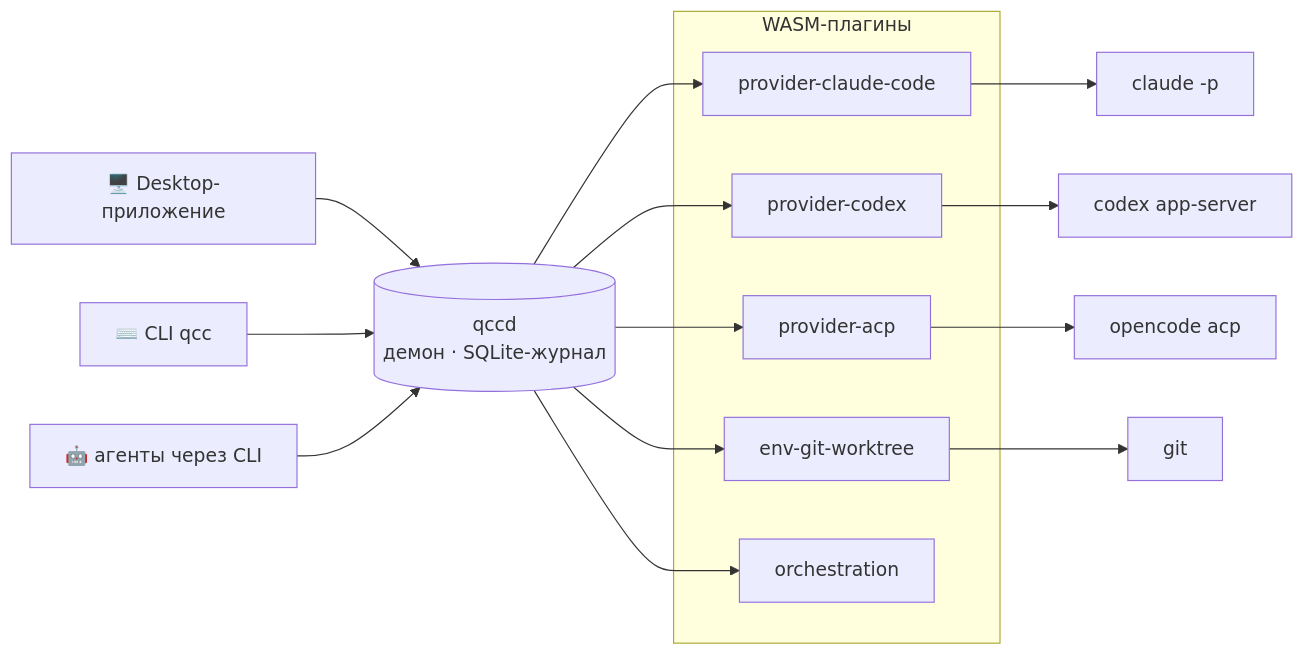
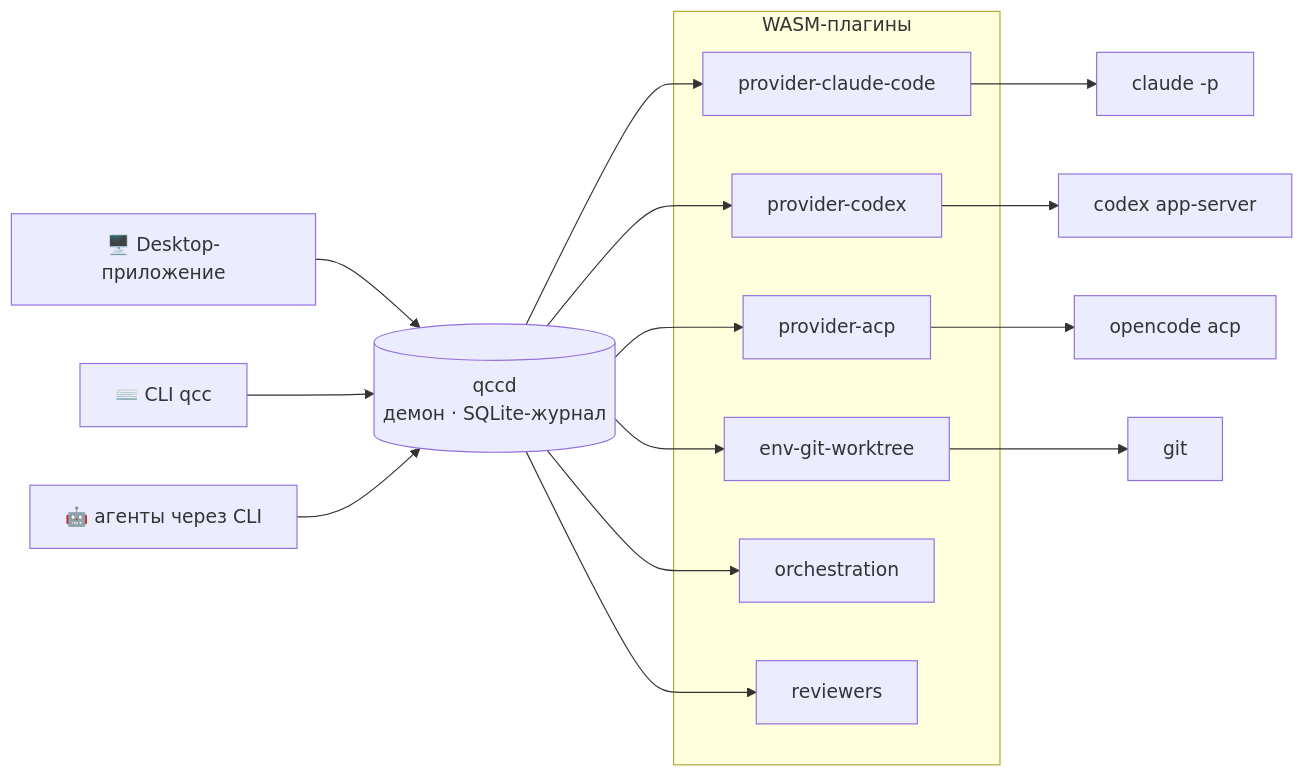
Before and after one commit to quantk/qcc: the diagram in README.ru.md, drawn with Mermaid. The commit also changed other lines of this file and 7 other files, not shown here.

````diff
--- a/README.ru.md
+++ b/README.ru.md
@@ -123,19 +123,21 @@
 ```mermaid
 flowchart LR
   app["🖥️ Desktop-приложение"] --> qccd
   cli["⌨️ CLI qcc"] --> qccd
   agentcli["🤖 агенты через CLI"] --> qccd
   qccd[("qccd<br>демон · SQLite-журнал")]
   subgraph plugins ["WASM-плагины"]
     claude["provider-claude-code"]
     codex["provider-codex"]
     acp["provider-acp"]
     wt["env-git-worktree"]
     orch["orchestration"]
+    rev["reviewers"]
   end
   qccd --> claude --> c1["claude -p"]
   qccd --> codex --> c2["codex app-server"]
   qccd --> acp --> c3["opencode acp"]
   qccd --> wt --> git["git"]
   qccd --> orch
+  qccd --> rev
 ```
````
